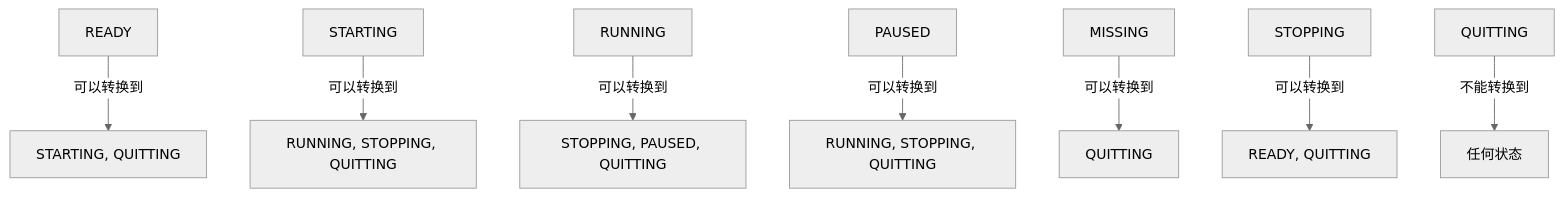
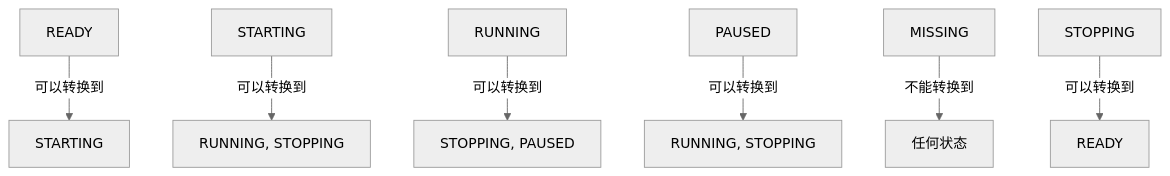
The third of 3 diagrams in docs/STATE_MANAGER_MODULE_DOC.md (hewei198711/Aiotest), drawn with Mermaid (neutral theme) before and after one commit. The commit also changed other lines of this file and 43 other files, not shown here.

````diff
--- a/docs/STATE_MANAGER_MODULE_DOC.md
+++ b/docs/STATE_MANAGER_MODULE_DOC.md
@@ -193,12 +185,11 @@
 ```mermaid
 
 flowchart TD
-    A[READY] -->| 可以转换到 |B[STARTING, QUITTING]
-    C[STARTING] -->| 可以转换到 |D[RUNNING, STOPPING, QUITTING]
-    E[RUNNING] -->| 可以转换到 |F[STOPPING, PAUSED, QUITTING]
-    P[PAUSED] -->| 可以转换到 |Q[RUNNING, STOPPING, QUITTING]
-    G[MISSING] -->| 可以转换到 |H[QUITTING]
-    I[STOPPING] -->| 可以转换到 |J[READY, QUITTING]
-    K[QUITTING] -->| 不能转换到 |L[任何状态]
+    A[READY] -->| 可以转换到 |B[STARTING]
+    C[STARTING] -->| 可以转换到 |D[RUNNING, STOPPING]
+    E[RUNNING] -->| 可以转换到 |F[STOPPING, PAUSED]
+    P[PAUSED] -->| 可以转换到 |Q[RUNNING, STOPPING]
+    G[MISSING] -->| 不能转换到 |H[任何状态]
+    I[STOPPING] -->| 可以转换到 |J[READY]
 
 ```
````
